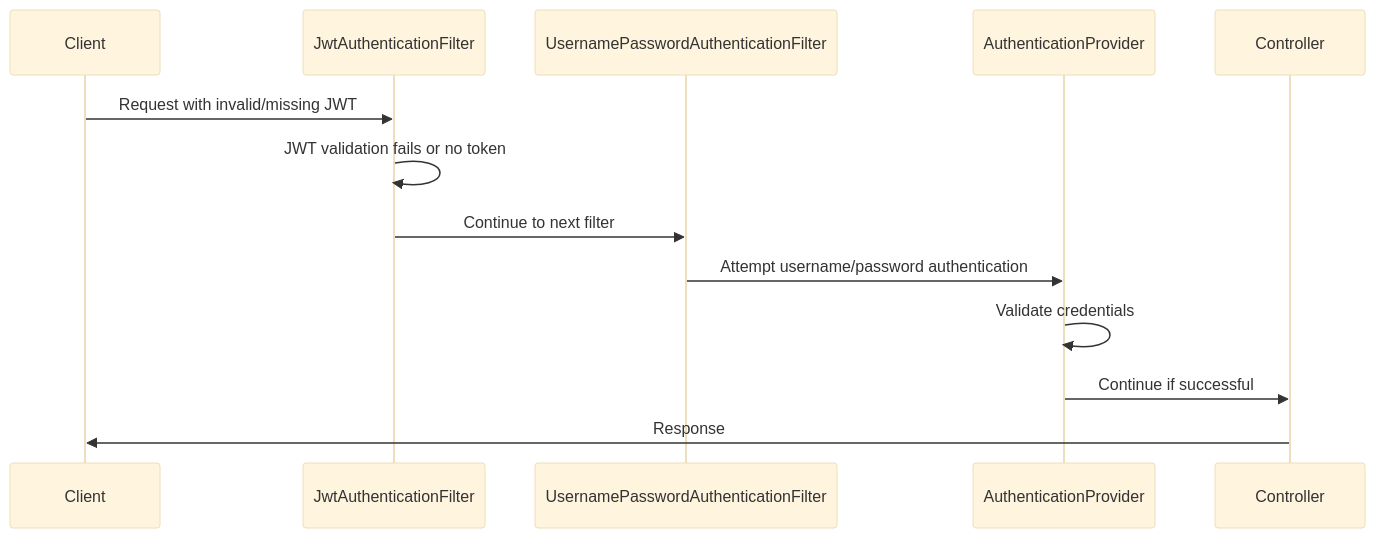
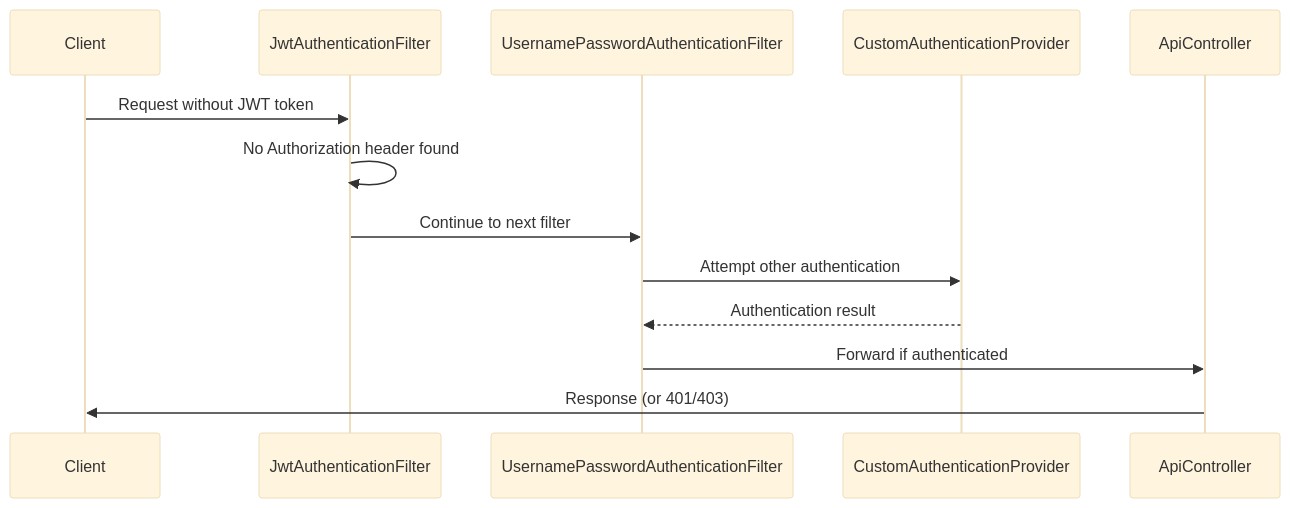
Before and after one commit to nitinkc/spring-security-reference: the third of 3 diagrams in docs/security/filter-chain.md, drawn with Mermaid (base theme). The commit also changed other lines of this file and 11 other files, not shown here.

````diff
--- a/docs/security/filter-chain.md
+++ b/docs/security/filter-chain.md
@@ -141,16 +168,16 @@
 ```mermaid
 sequenceDiagram
     participant C as Client
     participant F as JwtAuthenticationFilter
     participant U as UsernamePasswordAuthenticationFilter
-    participant P as AuthenticationProvider
-    participant R as Controller
+    participant P as CustomAuthenticationProvider
+    participant R as ApiController
 
-    C->>F: Request with invalid/missing JWT
-    F->>F: JWT validation fails or no token
+    C->>F: Request without JWT token
+    F->>F: No Authorization header found
     F->>U: Continue to next filter
-    U->>P: Attempt username/password authentication
-    P->>P: Validate credentials
-    P->>R: Continue if successful
-    R->>C: Response
+    U->>P: Attempt other authentication
+    P-->>U: Authentication result
+    U->>R: Forward if authenticated
+    R->>C: Response (or 401/403)
 ```
````
